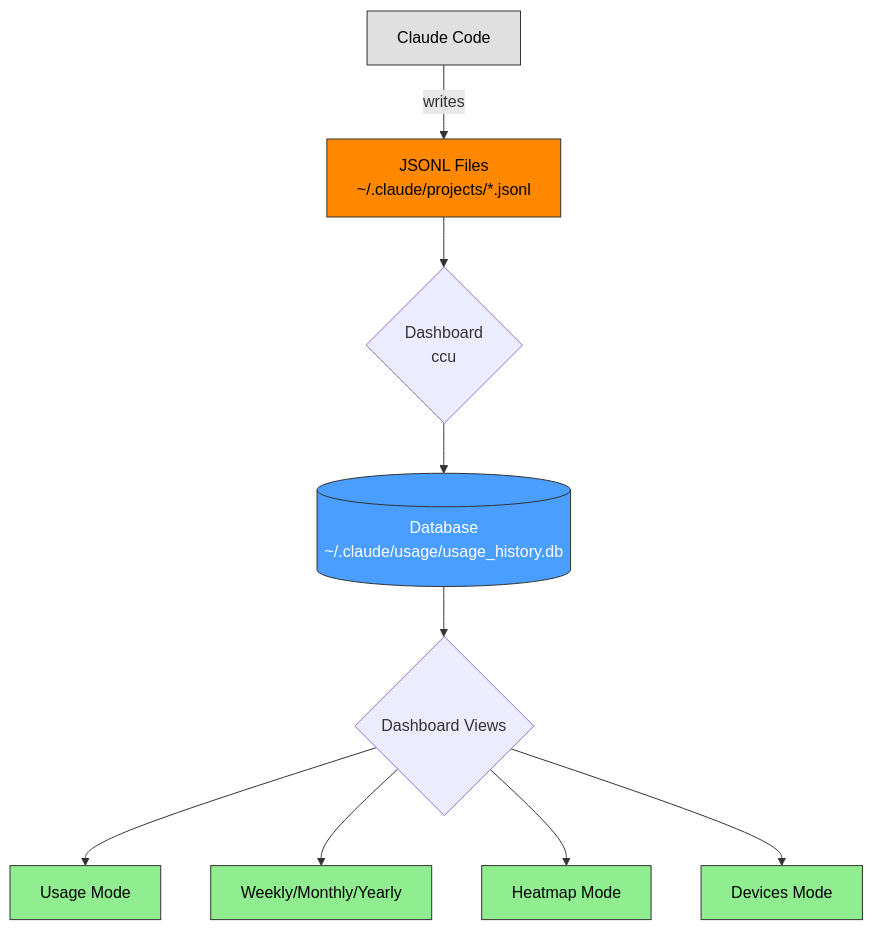
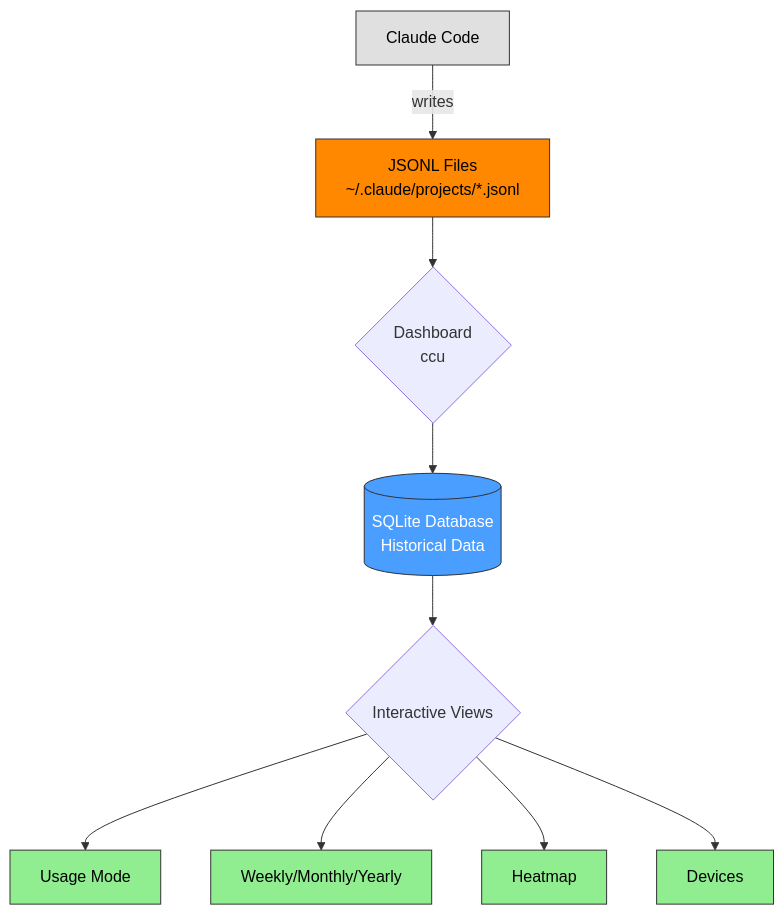
One commit to wangtae/claude-goblin-mod changed the diagram in README.md. Above: the diagram before and after it, drawn with Mermaid. The commit also changed other lines of this file, not shown here.

First line of the commit message:
docs: Rewrite README to emphasize interactive dashboard design

````diff
--- a/README.md
+++ b/README.md
@@ -173,23 +195,23 @@
 ```mermaid
 graph TD
     A[Claude Code] -->|writes| B[JSONL Files<br/>~/.claude/projects/*.jsonl]
 
     B --> ING{Dashboard<br/>ccu}
 
-    ING --> DB[(Database<br/>~/.claude/usage/usage_history.db)]
+    ING --> DB[(SQLite Database<br/>Historical Data)]
 
-    DB --> CMD1{Dashboard Views}
+    DB --> CMD1{Interactive Views}
 
     CMD1 --> OUT1[Usage Mode]
     CMD1 --> OUT2[Weekly/Monthly/Yearly]
-    CMD1 --> OUT3[Heatmap Mode]
-    CMD1 --> OUT4[Devices Mode]
+    CMD1 --> OUT3[Heatmap]
+    CMD1 --> OUT4[Devices]
 
     style A fill:#e0e0e0,stroke:#333,color:#000
     style B fill:#ff8800,stroke:#333,color:#000
     style DB fill:#4a9eff,stroke:#333,color:#fff
     style OUT1 fill:#90ee90,stroke:#333,color:#000
     style OUT2 fill:#90ee90,stroke:#333,color:#000
     style OUT3 fill:#90ee90,stroke:#333,color:#000
     style OUT4 fill:#90ee90,stroke:#333,color:#000
 ```
````
